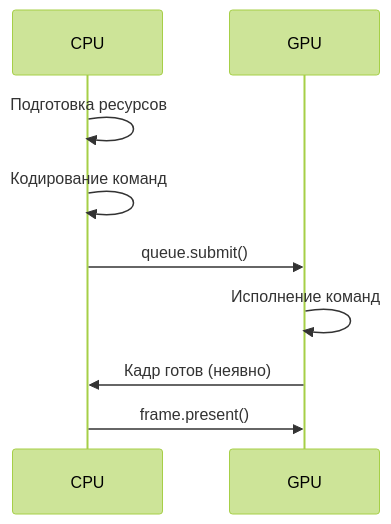
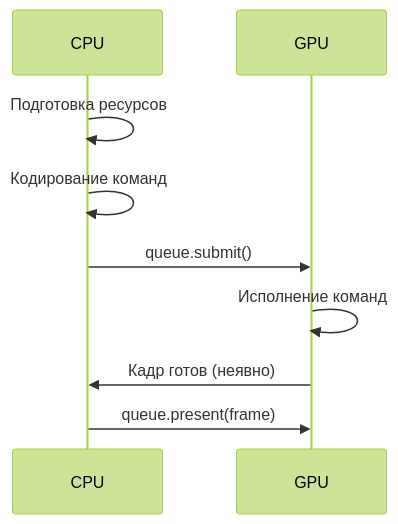
The first of 3 diagrams in docs/guide/getting-started/init-wgpu/index.md (Bromles/wgpu-tutorial), drawn with Mermaid (forest theme) before and after one commit. The commit also changed other lines of this file and 32 other files, not shown here.

````diff
--- a/docs/guide/getting-started/init-wgpu/index.md
+++ b/docs/guide/getting-started/init-wgpu/index.md
@@ -31,11 +31,11 @@
 ```mermaid
 sequenceDiagram
     participant CPU
     participant GPU
     CPU ->> CPU: Подготовка ресурсов
     CPU ->> CPU: Кодирование команд
     CPU ->> GPU: queue.submit()
     GPU ->> GPU: Исполнение команд
     GPU ->> CPU: Кадр готов (неявно)
-    CPU ->> GPU: frame.present()
+    CPU ->> GPU: queue.present(frame)
 ```
````
